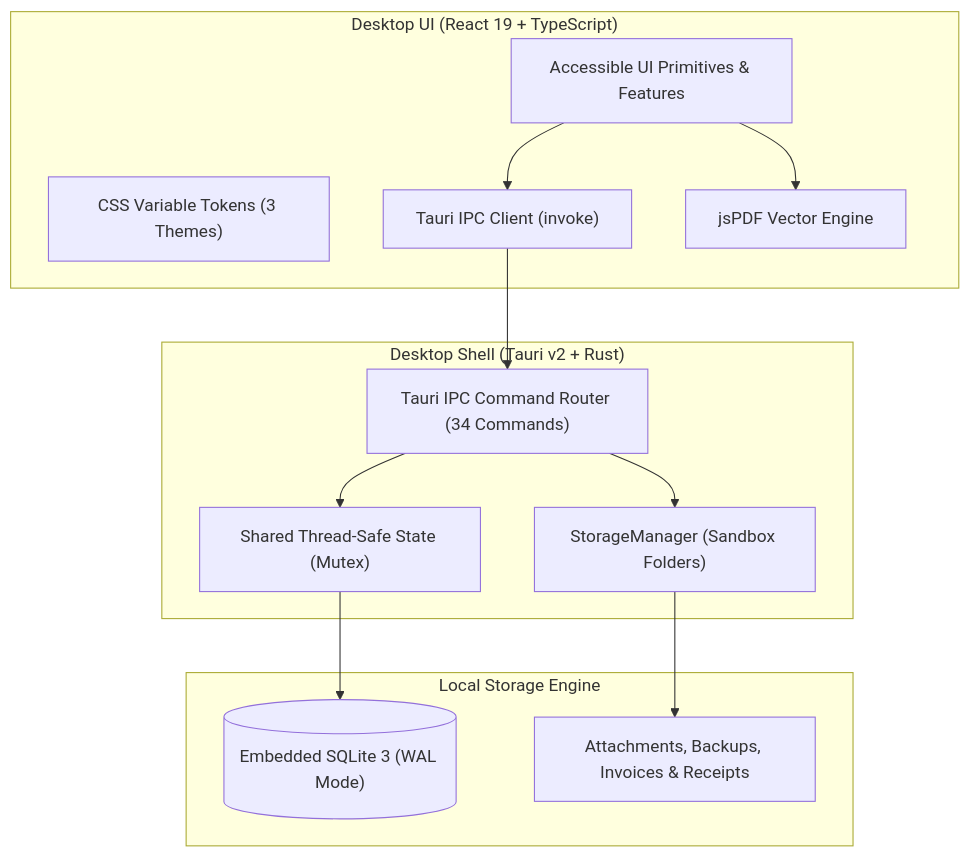
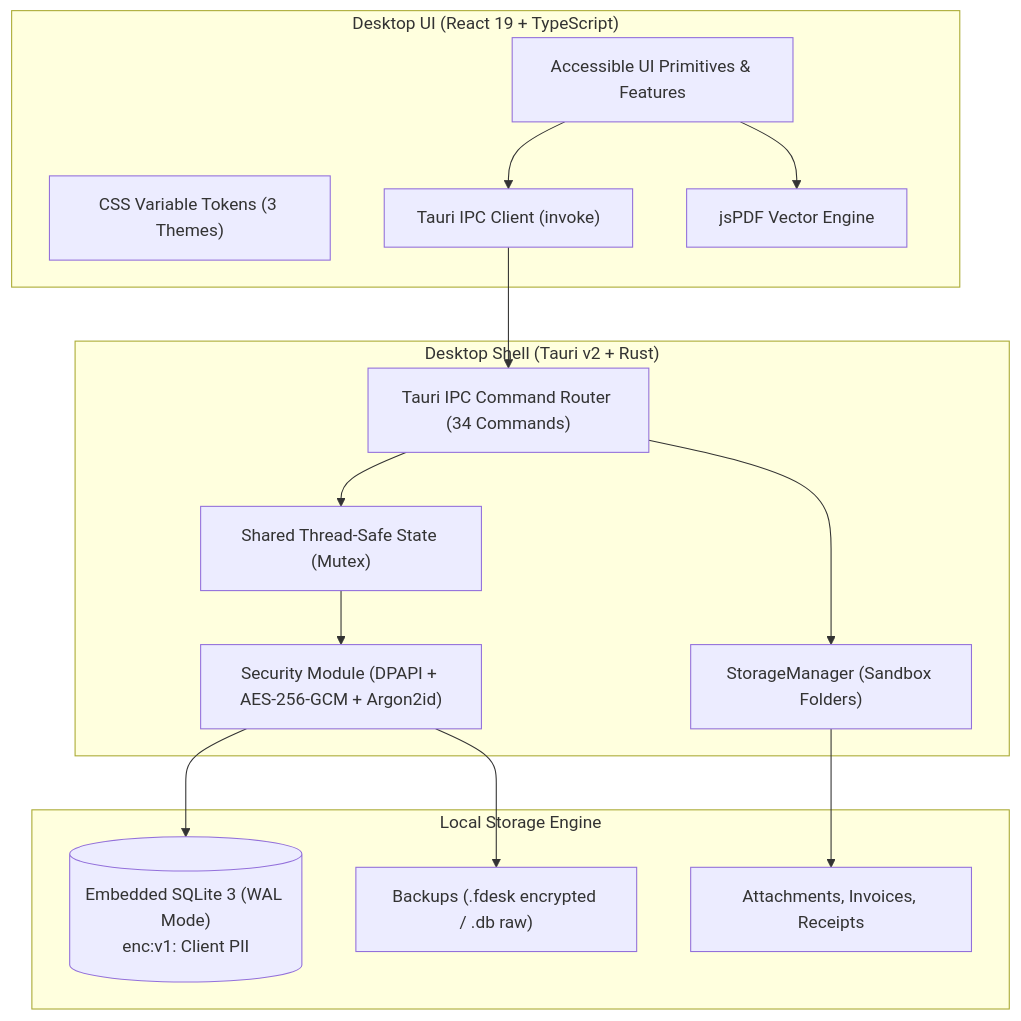
One commit to carlodandan/freelancedesk changed the diagram in README.md. Above: the diagram before and after it, drawn with Mermaid. The commit also changed other lines of this file and 65 other files, not shown here.

````diff
--- a/README.md
+++ b/README.md
@@ -118,28 +129,32 @@
 ```mermaid
 graph TD
     subgraph UI ["Desktop UI (React 19 + TypeScript)"]
         Components["Accessible UI Primitives & Features"]
         DesignTokens["CSS Variable Tokens (3 Themes)"]
         TauriAPI["Tauri IPC Client (invoke)"]
         PDFService["jsPDF Vector Engine"]
     end
 
     subgraph Core ["Desktop Shell (Tauri v2 + Rust)"]
         IPCBridge["Tauri IPC Command Router (34 Commands)"]
         AppState["Shared Thread-Safe State (Mutex<Connection>)"]
         Storage["StorageManager (Sandbox Folders)"]
+        SecurityVault["Security Module (DPAPI + AES-256-GCM + Argon2id)"]
     end
 
     subgraph Data ["Local Storage Engine"]
-        SQLite[("Embedded SQLite 3 (WAL Mode)")]
-        FS["Attachments, Backups, Invoices & Receipts"]
+        SQLite[("Embedded SQLite 3 (WAL Mode)<br/>enc:v1: Client PII")]
+        FS["Attachments, Invoices, Receipts"]
+        Backups["Backups (.fdesk encrypted / .db raw)"]
     end
 
     Components --> TauriAPI
     Components --> PDFService
     TauriAPI --> IPCBridge
     IPCBridge --> AppState
     IPCBridge --> Storage
-    AppState --> SQLite
+    AppState --> SecurityVault
+    SecurityVault --> SQLite
+    SecurityVault --> Backups
     Storage --> FS
 ```
````
